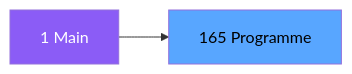
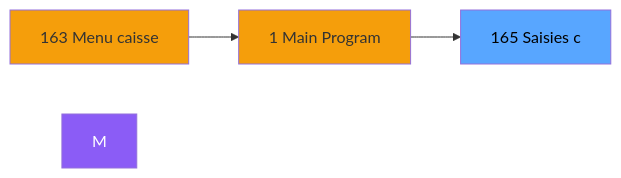
One commit to thonyAGP/magic-migration changed the second of 3 diagrams in .openspec/specs/ADH-IDE-165.md. Above: the diagram before and after it, drawn with Mermaid. The commit also changed other lines of this file and 323 other files, not shown here.

````diff
--- a/.openspec/specs/ADH-IDE-165.md
+++ b/.openspec/specs/ADH-IDE-165.md
@@ -103,8 +114,12 @@
 ```mermaid
 graph LR
-    M[1 Main]
-    T[165 Programme]
-    M --> T
+    N163[163 Menu caisse ]
+    N1[1 Main Program]
+    T[165    Saisies c]
+    N163 --> N1
+    N1 --> T
     style M fill:#8b5cf6,color:#fff
+    style N163 fill:#f59e0b
+    style N1 fill:#f59e0b
     style T fill:#58a6ff,color:#000
 ```
````
